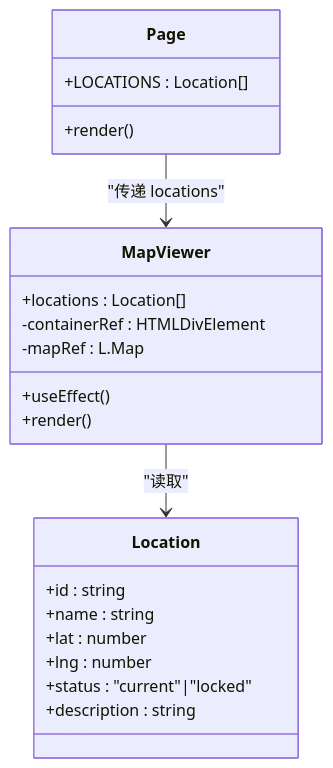
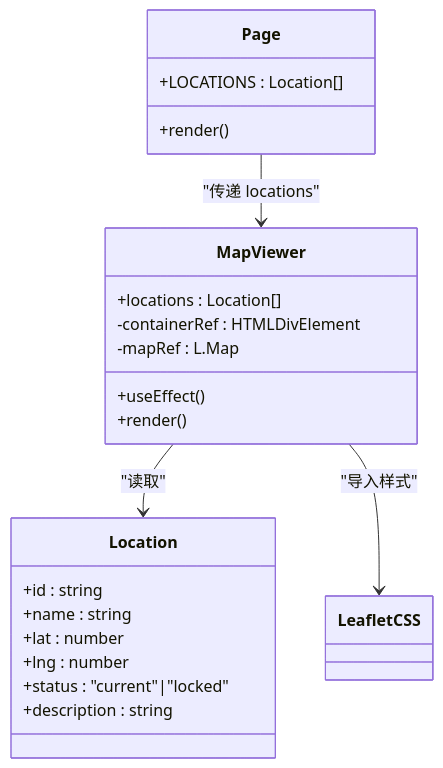
Before and after one commit to cccd123/macau-mystery: the second of 6 diagrams in .qoder/repowiki/zh/content/前端架构/UI组件系统/业务组件/地图查看器组件 (MapViewr).md, drawn with Mermaid. The commit also changed other lines of this file and 43 other files, not shown here.

````diff
--- a/.qoder/repowiki/zh/content/前端架构/UI组件系统/业务组件/地图查看器组件 (MapViewr).md
+++ b/.qoder/repowiki/zh/content/前端架构/UI组件系统/业务组件/地图查看器组件 (MapViewr).md
@@ -87,24 +97,25 @@
 ```mermaid
 classDiagram
 class MapViewer {
 +locations : Location[]
 -containerRef : HTMLDivElement
 -mapRef : L.Map
 +useEffect()
 +render()
 }
 class Location {
 +id : string
 +name : string
 +lat : number
 +lng : number
 +status : "current"|"locked"
 +description : string
 }
 class Page {
 +LOCATIONS : Location[]
 +render()
 }
 Page --> MapViewer : "传递 locations"
 MapViewer --> Location : "读取"
+MapViewer --> LeafletCSS : "导入样式"
 ```
````
